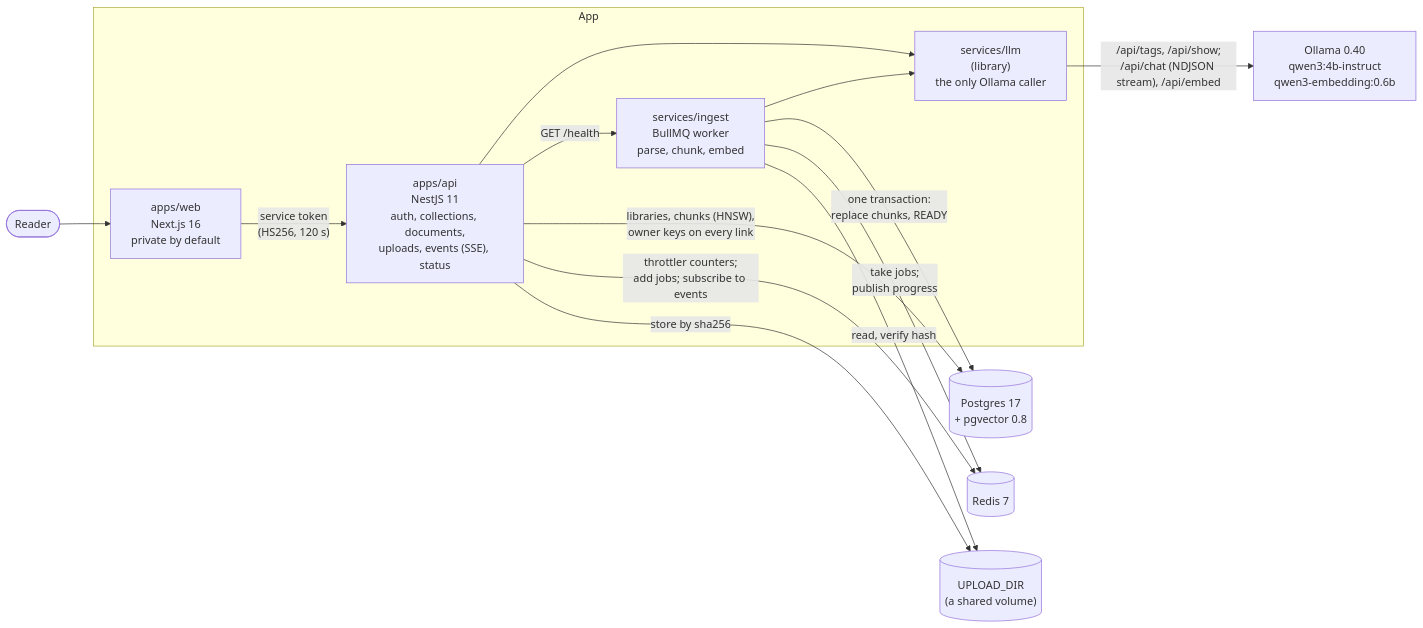
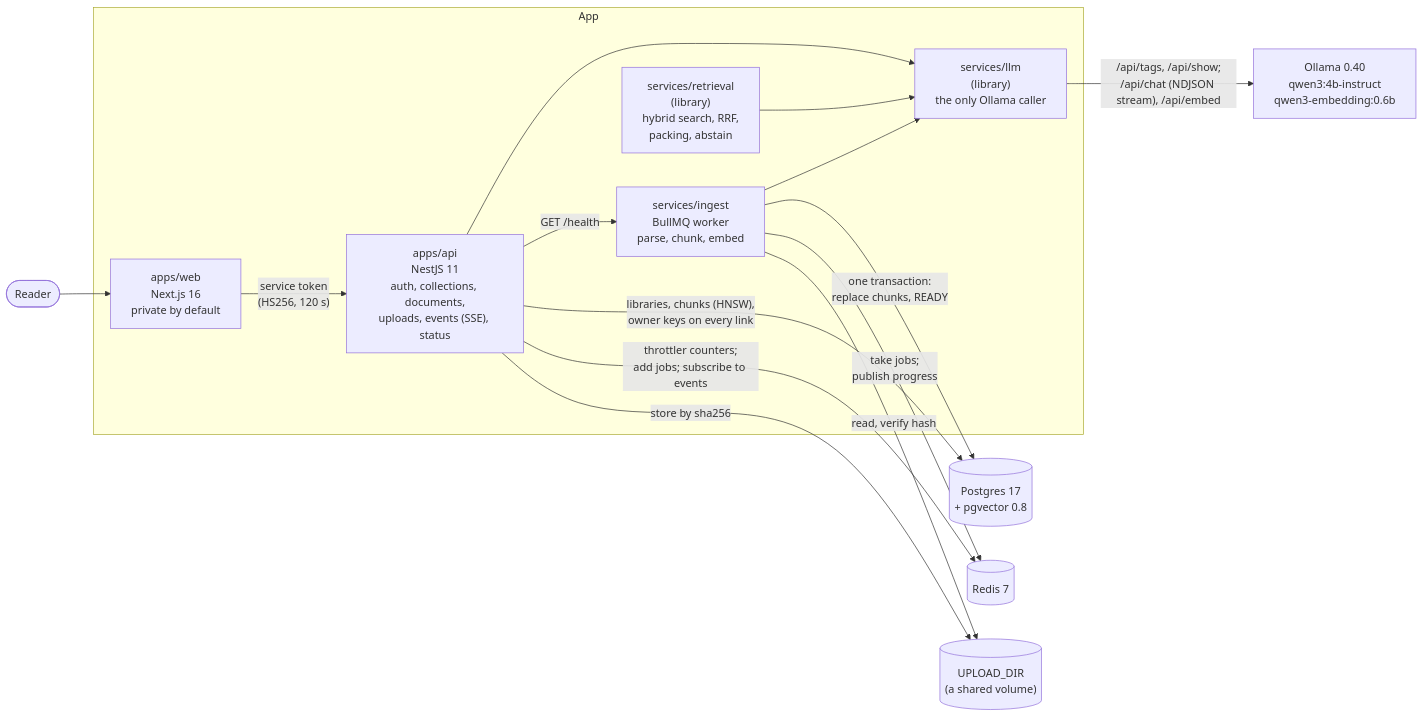
Before and after one commit to bastian-red/rag-assistant: the diagram in README.md, drawn with Mermaid. The commit also changed other lines of this file and 52 other files, not shown here.

````diff
--- a/README.md
+++ b/README.md
@@ -25,19 +27,20 @@
 ```mermaid
 flowchart LR
   user([Reader]) --> web
 
   subgraph app ["App"]
     web["apps/web<br/>Next.js 16<br/>private by default"] -->|"service token<br/>(HS256, 120 s)"| api["apps/api<br/>NestJS 11<br/>auth, collections, documents,<br/>uploads, events (SSE), status"]
     api --> llm["services/llm<br/>(library)<br/>the only Ollama caller"]
     ingest["services/ingest<br/>BullMQ worker<br/>parse, chunk, embed"] --> llm
+    retrieval["services/retrieval<br/>(library)<br/>hybrid search, RRF,<br/>packing, abstain"] --> llm
     api -->|"GET /health"| ingest
   end
 
   api -->|"libraries, chunks (HNSW),<br/>owner keys on every link"| pg[("Postgres 17<br/>+ pgvector 0.8")]
   ingest -->|"one transaction:<br/>replace chunks, READY"| pg
   api -->|"throttler counters;<br/>add jobs; subscribe to events"| redis[(Redis 7)]
   ingest -->|"take jobs;<br/>publish progress"| redis
   api -->|"store by sha256"| files[("UPLOAD_DIR<br/>(a shared volume)")]
   ingest -->|"read, verify hash"| files
   llm -->|"/api/tags, /api/show;<br/>/api/chat (NDJSON stream), /api/embed"| ollama["Ollama 0.40<br/>qwen3:4b-instruct<br/>qwen3-embedding:0.6b"]
 ```
````
